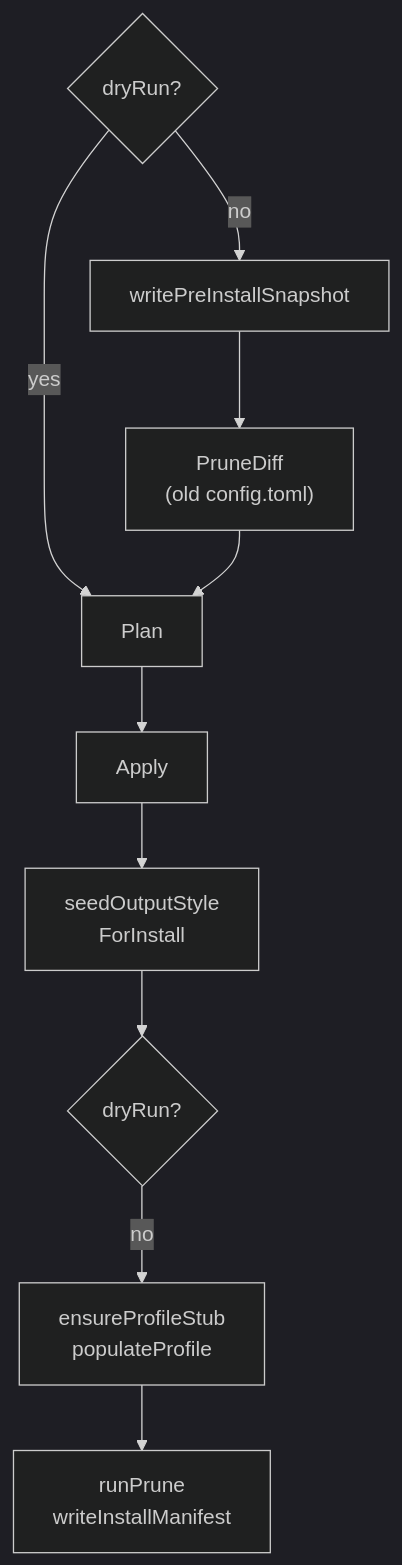
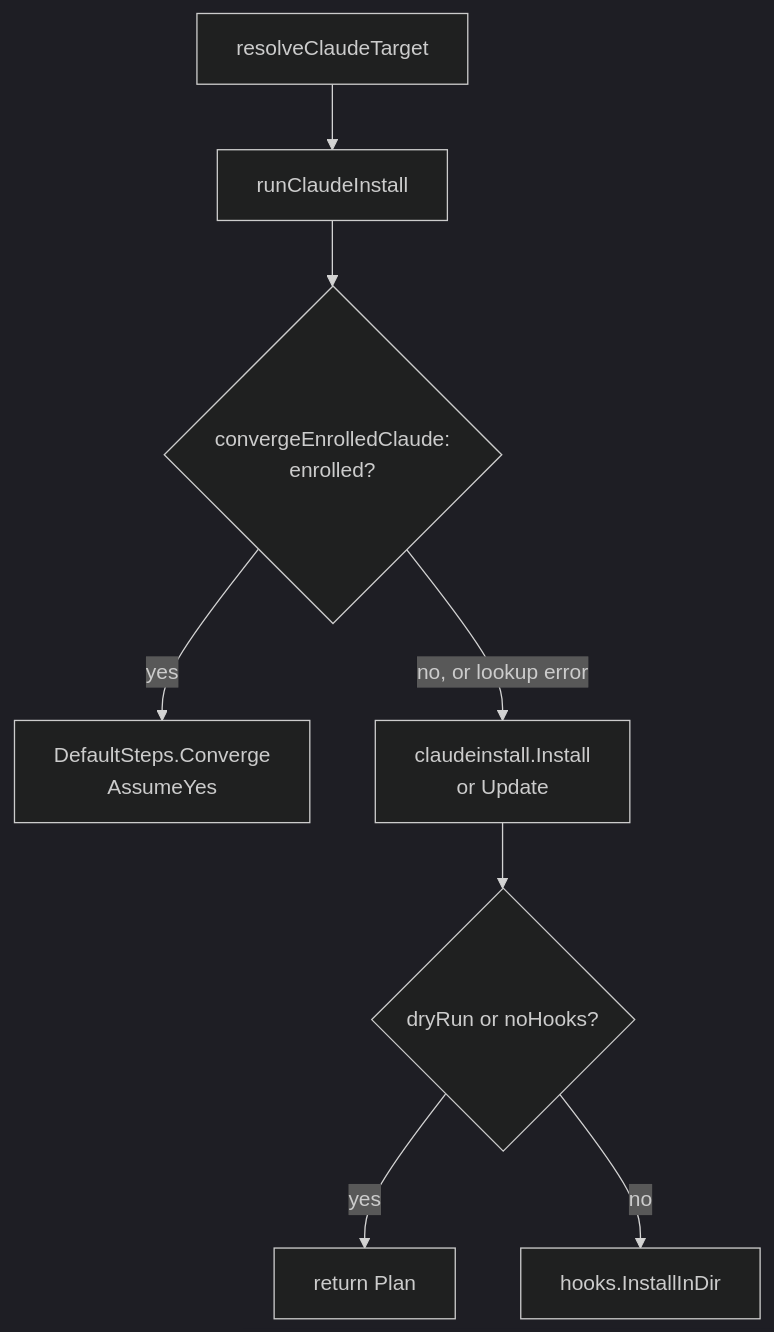
One commit to damusix/atomic-claude changed the second of 5 diagrams in docs/wiki/bundle.md. Above: the diagram before and after it, drawn with Mermaid (dark theme). The commit also changed other lines of this file and 795 other files, not shown here.

First line of the commit message:
feat!: run Atomic on Claude Code, OMP, and Codex

````diff
--- a/docs/wiki/bundle.md
+++ b/docs/wiki/bundle.md
@@ -118,13 +140,11 @@
 ```mermaid
 flowchart TD
-    %% source: atomic/internal/claudeinstall/install.go, atomic/internal/claudeinstall/manifest.go, atomic/internal/claudeinstall/snapshot.go
-    D1{"dryRun?"} -->|no| S["writePreInstallSnapshot"]
-    S --> O["PruneDiff<br/>(old config.toml)"]
-    D1 -->|yes| P["Plan"]
-    O --> P
-    P --> A["Apply"]
-    A --> SEED["seedOutputStyle<br/>ForInstall"]
-    SEED --> D2{"dryRun?"}
-    D2 -->|no| PR["ensureProfileStub<br/>populateProfile"]
-    PR --> W["runPrune<br/>writeInstallManifest"]
+    %% source: atomic/cmd/atomic/cmd_claude.go
+    T["resolveClaudeTarget"] --> R["runClaudeInstall"]
+    R --> E{"convergeEnrolledClaude:<br/>enrolled?"}
+    E -->|yes| C["DefaultSteps.Converge<br/>AssumeYes"]
+    E -->|"no, or lookup error"| L["claudeinstall.Install<br/>or Update"]
+    L --> D{"dryRun or noHooks?"}
+    D -->|yes| OUT["return Plan"]
+    D -->|no| H["hooks.InstallInDir"]
 ```
````
